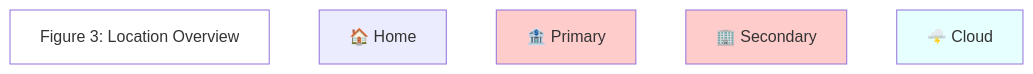
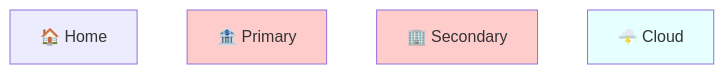
One commit to BlockchainCommons/SmartCustody changed the fourth of 17 diagrams in Docs/Scenario-Multisig.md. Above: the diagram before and after it, drawn with Mermaid. The commit also changed other lines of this file, not shown here.

````diff
--- a/Docs/Scenario-Multisig.md
+++ b/Docs/Scenario-Multisig.md
@@ -196,16 +195,11 @@
 ```mermaid
     graph BT;
     A["🏠 Home"]
     B["🏦 Primary"]
     C["🏢 Secondary"]
     D["🌩️ Cloud"]
     
 style B fill:#ffcccc;
 style C fill:#ffcccc;
 style D fill:#e6ffff;
-    
-    0["Figure 3: Location Overview"]
-    
-    style 0 fill:#ffffff;
-
 ```
````
